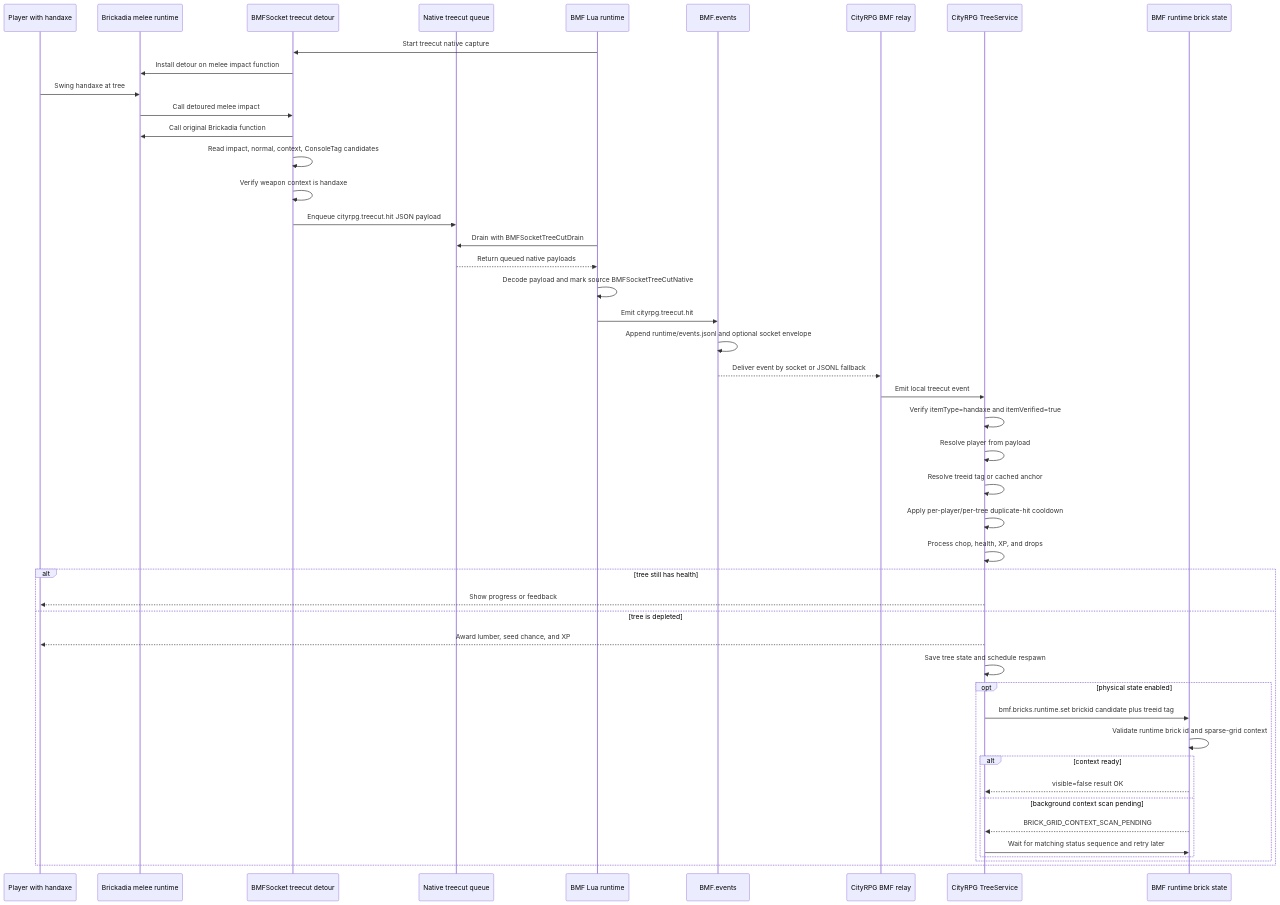
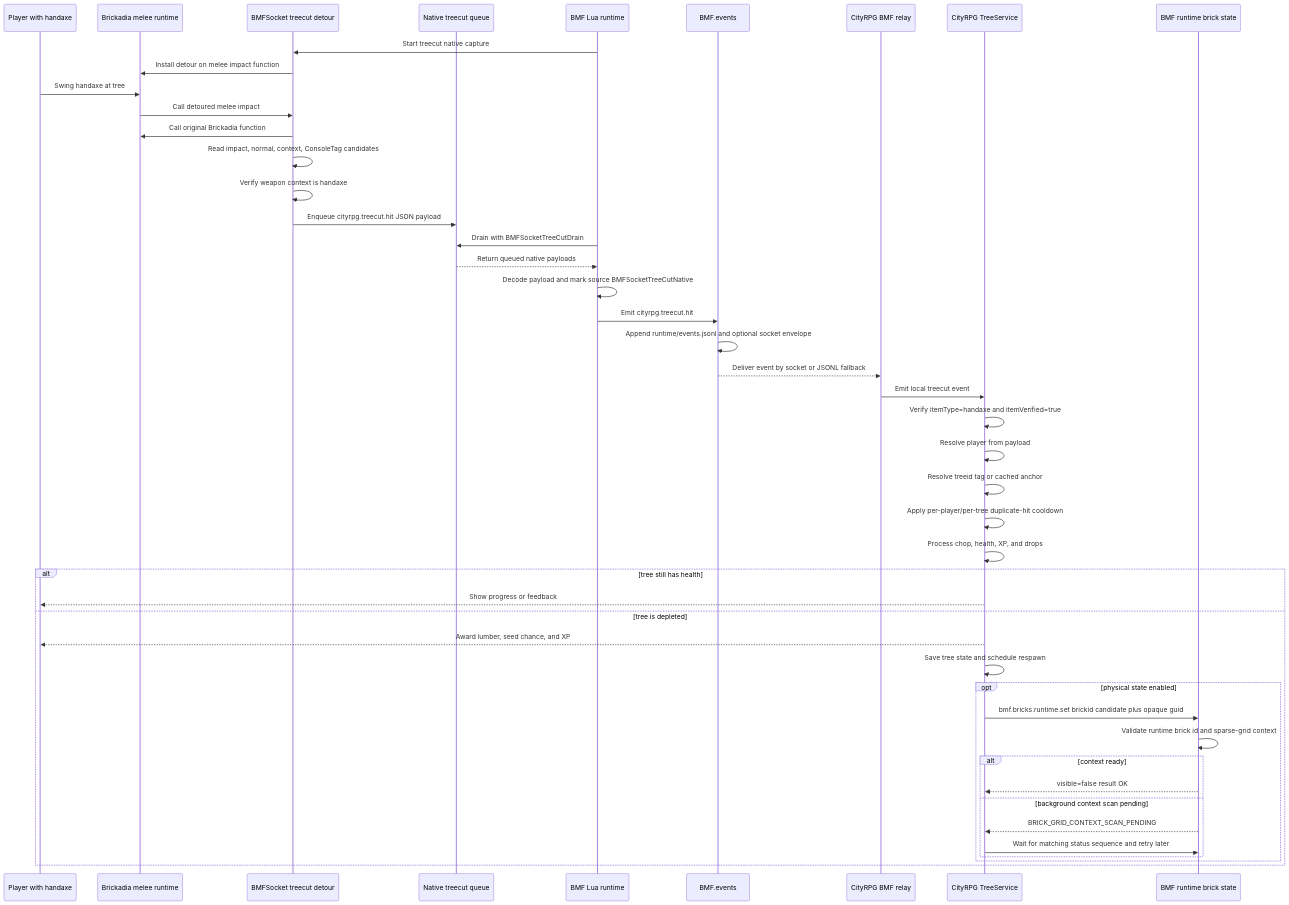
Before and after one commit to Ty-lerCox/brickadia-modding-framework: the ninth of 9 diagrams in docs/architecture/architecture-patterns.md, drawn with Mermaid. The commit also changed other lines of this file and 5 other files, not shown here.

Commit message:
Add generic runtime brick GUID controls

````diff
--- a/docs/architecture/architecture-patterns.md
+++ b/docs/architecture/architecture-patterns.md
@@ -307,52 +307,52 @@
 ```mermaid
 sequenceDiagram
     participant Player as Player with handaxe
     participant Server as Brickadia melee runtime
     participant Native as BMFSocket treecut detour
     participant Queue as Native treecut queue
     participant BMF as BMF Lua runtime
     participant Bus as BMF.events
     participant Relay as CityRPG BMF relay
     participant Tree as CityRPG TreeService
     participant Physical as BMF runtime brick state
 
     BMF->>Native: Start treecut native capture
     Native->>Server: Install detour on melee impact function
     Player->>Server: Swing handaxe at tree
     Server->>Native: Call detoured melee impact
     Native->>Server: Call original Brickadia function
     Native->>Native: Read impact, normal, context, ConsoleTag candidates
     Native->>Native: Verify weapon context is handaxe
     Native->>Queue: Enqueue cityrpg.treecut.hit JSON payload
 
     BMF->>Queue: Drain with BMFSocketTreeCutDrain
     Queue-->>BMF: Return queued native payloads
     BMF->>BMF: Decode payload and mark source BMFSocketTreeCutNative
     BMF->>Bus: Emit cityrpg.treecut.hit
     Bus->>Bus: Append runtime/events.jsonl and optional socket envelope
     Bus-->>Relay: Deliver event by socket or JSONL fallback
     Relay->>Tree: Emit local treecut event
 
     Tree->>Tree: Verify itemType=handaxe and itemVerified=true
     Tree->>Tree: Resolve player from payload
     Tree->>Tree: Resolve treeid tag or cached anchor
     Tree->>Tree: Apply per-player/per-tree duplicate-hit cooldown
     Tree->>Tree: Process chop, health, XP, and drops
 
     alt tree still has health
         Tree-->>Player: Show progress or feedback
     else tree is depleted
         Tree-->>Player: Award lumber, seed chance, and XP
         Tree->>Tree: Save tree state and schedule respawn
         opt physical state enabled
-            Tree->>Physical: bmf.bricks.runtime.set brickid candidate plus treeid tag
+            Tree->>Physical: bmf.bricks.runtime.set brickid candidate plus opaque guid
             Physical->>Physical: Validate runtime brick id and sparse-grid context
             alt context ready
                 Physical-->>Tree: visible=false result OK
             else background context scan pending
                 Physical-->>Tree: BRICK_GRID_CONTEXT_SCAN_PENDING
                 Tree->>Physical: Wait for matching status sequence and retry later
             end
         end
     end
 ```
````
